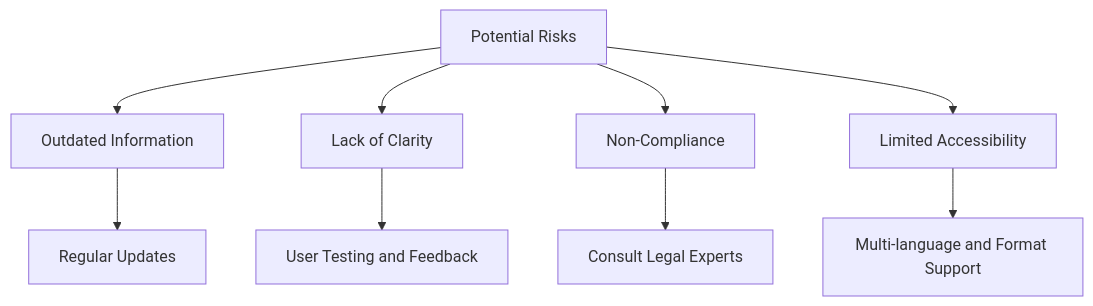
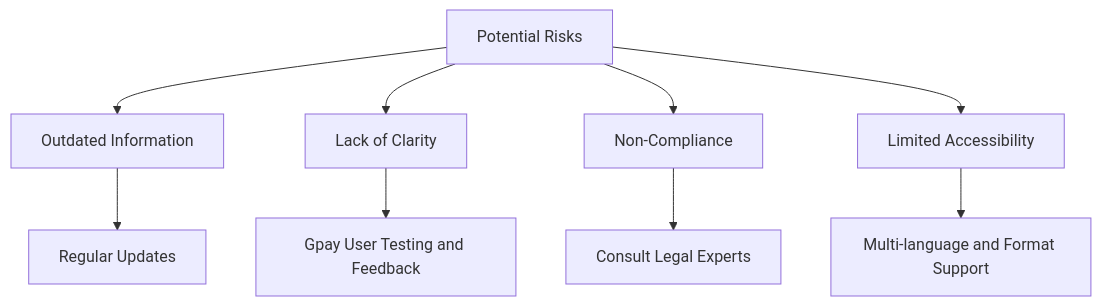
Before and after one commit to IIITLucknowSWEngg/CSAICSBTeam017: the fourth of 4 diagrams in Assignment/Stakeholders.md, drawn with Mermaid. The commit also changed other lines of this file and 7 other files, not shown here.

Commit message:
user to gpay user

````diff
--- a/Assignment/Stakeholders.md
+++ b/Assignment/Stakeholders.md
@@ -158,12 +158,12 @@
 ```mermaid  
 graph TD  
     A[Potential Risks]  
     A --> B[Outdated Information]  
     A --> C[Lack of Clarity]  
     A --> D[Non-Compliance]  
     A --> E[Limited Accessibility]  
     B --> F[Regular Updates]  
-    C --> G[User Testing and Feedback]  
+    C --> G[Gpay User Testing and Feedback]  
     D --> H[Consult Legal Experts]  
     E --> I[Multi-language and Format Support]  
 ```  
````
